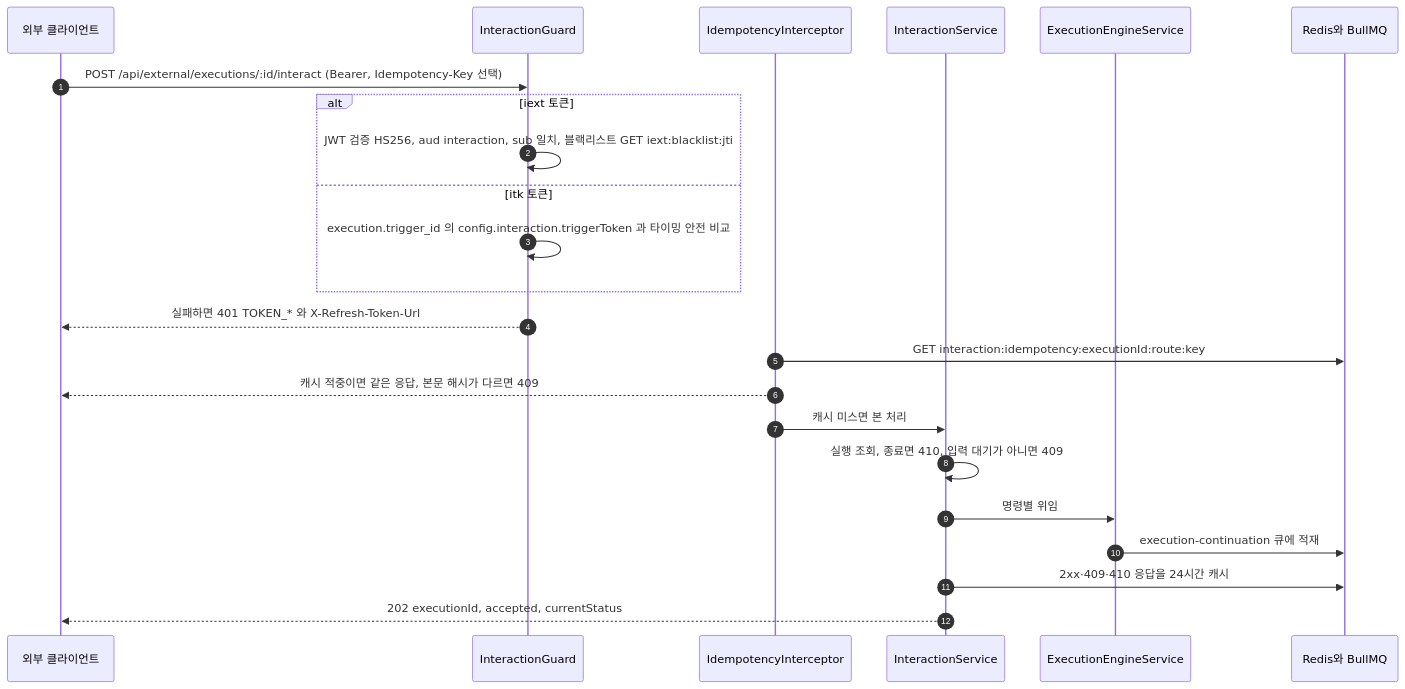
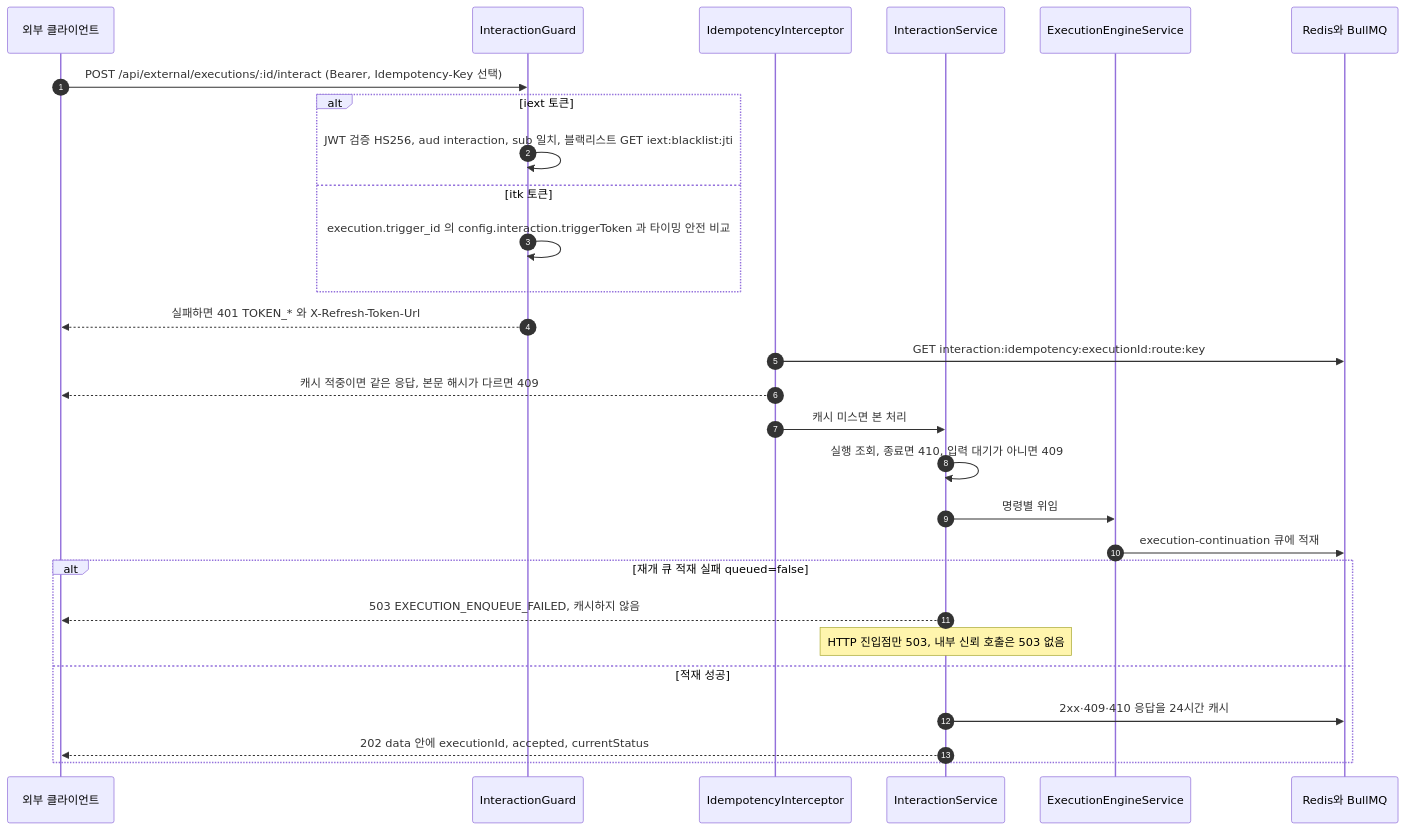
The second of 7 diagrams in spec/CLE-IX/CLE-EIA-DATA.md (worker-ants/clemvion), drawn with Mermaid before and after one commit. The commit also changed other lines of this file and 56 other files, not shown here.

````diff
--- a/spec/CLE-IX/CLE-EIA-DATA.md
+++ b/spec/CLE-IX/CLE-EIA-DATA.md
@@ -152,26 +162,31 @@
 ```mermaid
 sequenceDiagram
   autonumber
   participant Ext as 외부 클라이언트
   participant G as InteractionGuard
   participant Idem as IdempotencyInterceptor
   participant Svc as InteractionService
   participant Eng as ExecutionEngineService
   participant Q as Redis와 BullMQ
 
   Ext->>G: POST /api/external/executions/:id/interact (Bearer, Idempotency-Key 선택)
   alt iext 토큰
     G->>G: JWT 검증 HS256, aud interaction, sub 일치, 블랙리스트 GET iext:blacklist:jti
   else itk 토큰
     G->>G: execution.trigger_id 의 config.interaction.triggerToken 과 타이밍 안전 비교
   end
   G-->>Ext: 실패하면 401 TOKEN_* 와 X-Refresh-Token-Url
   Idem->>Q: GET interaction:idempotency:executionId:route:key
   Idem-->>Ext: 캐시 적중이면 같은 응답, 본문 해시가 다르면 409
   Idem->>Svc: 캐시 미스면 본 처리
   Svc->>Svc: 실행 조회, 종료면 410, 입력 대기가 아니면 409
   Svc->>Eng: 명령별 위임
   Eng->>Q: execution-continuation 큐에 적재
-  Svc->>Q: 2xx·409·410 응답을 24시간 캐시
-  Svc-->>Ext: 202 executionId, accepted, currentStatus
+  alt 재개 큐 적재 실패 queued=false
+    Svc-->>Ext: 503 EXECUTION_ENQUEUE_FAILED, 캐시하지 않음
+    Note over Svc: HTTP 진입점만 503, 내부 신뢰 호출은 503 없음
+  else 적재 성공
+    Svc->>Q: 2xx·409·410 응답을 24시간 캐시
+    Svc-->>Ext: 202 data 안에 executionId, accepted, currentStatus
+  end
 ```
````
